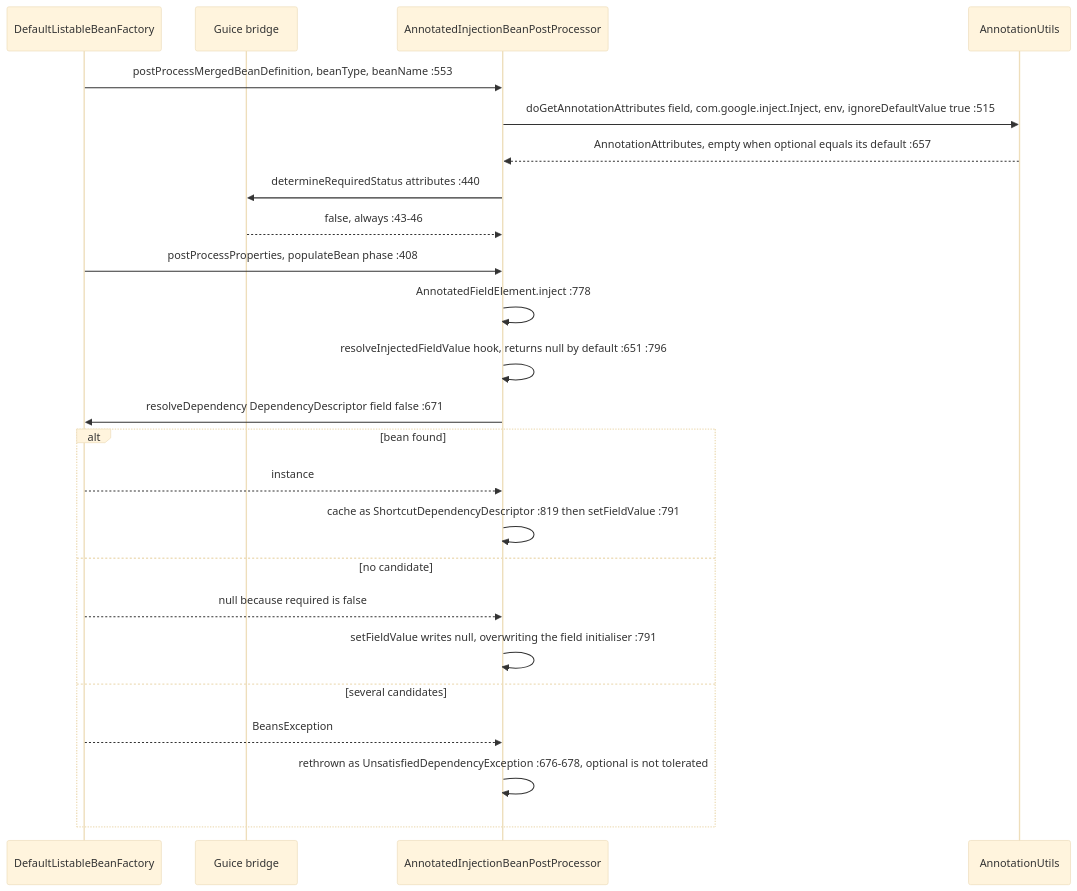
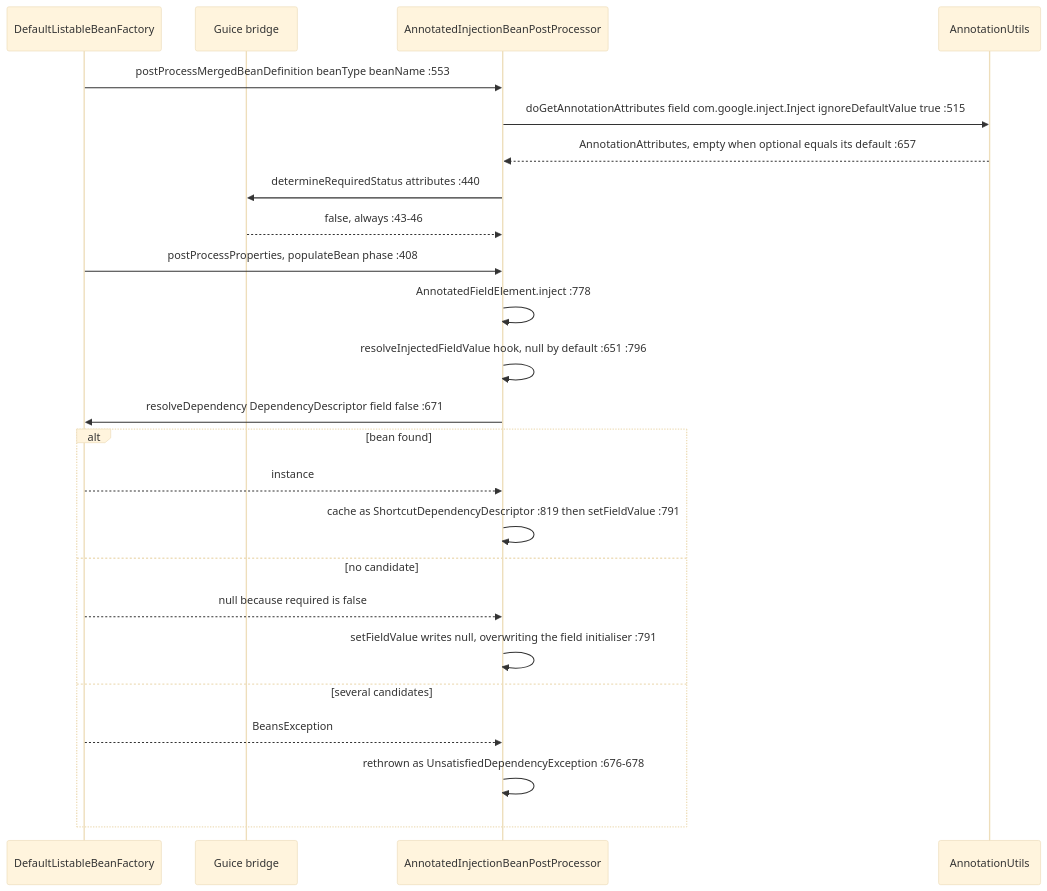
Before and after one commit to microsphere-projects/microsphere-spring: the third of 3 diagrams in docs/developer-guide/current/guice.md, drawn with Mermaid (base theme). The commit also changed other lines of this file and 13 other files, not shown here.

````diff
--- a/docs/developer-guide/current/guice.md
+++ b/docs/developer-guide/current/guice.md
@@ -143,26 +128,26 @@
 ```mermaid
 sequenceDiagram
     participant BF as DefaultListableBeanFactory
     participant PP as Guice bridge
     participant BASE as AnnotatedInjectionBeanPostProcessor
     participant AU as AnnotationUtils
-    BF->>BASE: postProcessMergedBeanDefinition, beanType, beanName :553
-    BASE->>AU: doGetAnnotationAttributes field, com.google.inject.Inject, env, ignoreDefaultValue true :515
+    BF->>BASE: postProcessMergedBeanDefinition beanType beanName :553
+    BASE->>AU: doGetAnnotationAttributes field com.google.inject.Inject ignoreDefaultValue true :515
     AU-->>BASE: AnnotationAttributes, empty when optional equals its default :657
     BASE->>PP: determineRequiredStatus attributes :440
     PP-->>BASE: false, always :43-46
     BF->>BASE: postProcessProperties, populateBean phase :408
     BASE->>BASE: AnnotatedFieldElement.inject :778
-    BASE->>BASE: resolveInjectedFieldValue hook, returns null by default :651 :796
+    BASE->>BASE: resolveInjectedFieldValue hook, null by default :651 :796
     BASE->>BF: resolveDependency DependencyDescriptor field false :671
     alt bean found
         BF-->>BASE: instance
         BASE->>BASE: cache as ShortcutDependencyDescriptor :819 then setFieldValue :791
     else no candidate
         BF-->>BASE: null because required is false
         BASE->>BASE: setFieldValue writes null, overwriting the field initialiser :791
     else several candidates
         BF-->>BASE: BeansException
-        BASE->>BASE: rethrown as UnsatisfiedDependencyException :676-678, optional is not tolerated
+        BASE->>BASE: rethrown as UnsatisfiedDependencyException :676-678
     end
 ```
````
